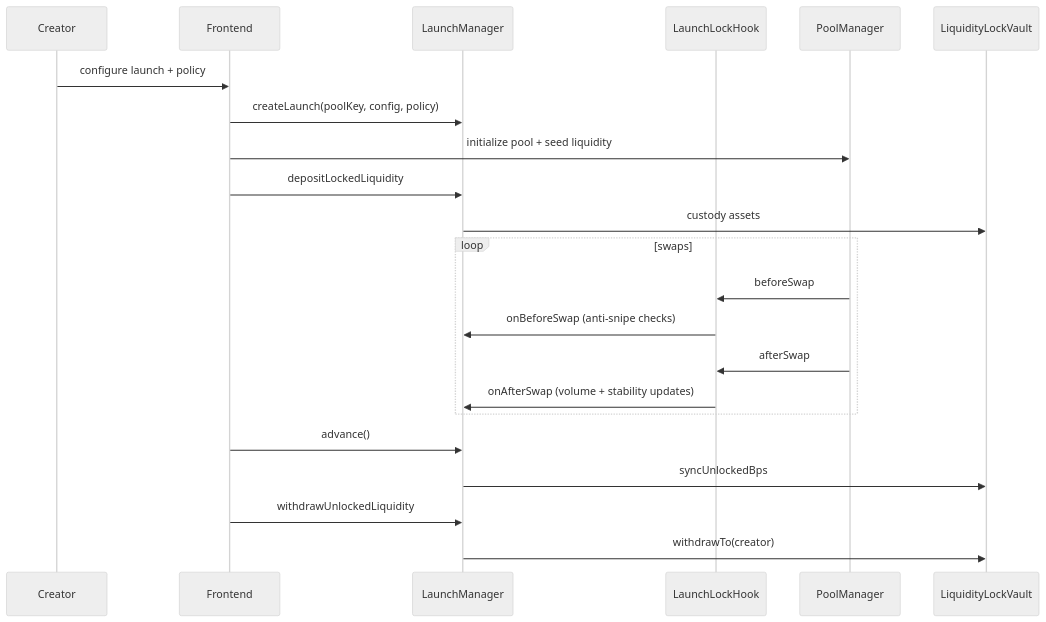
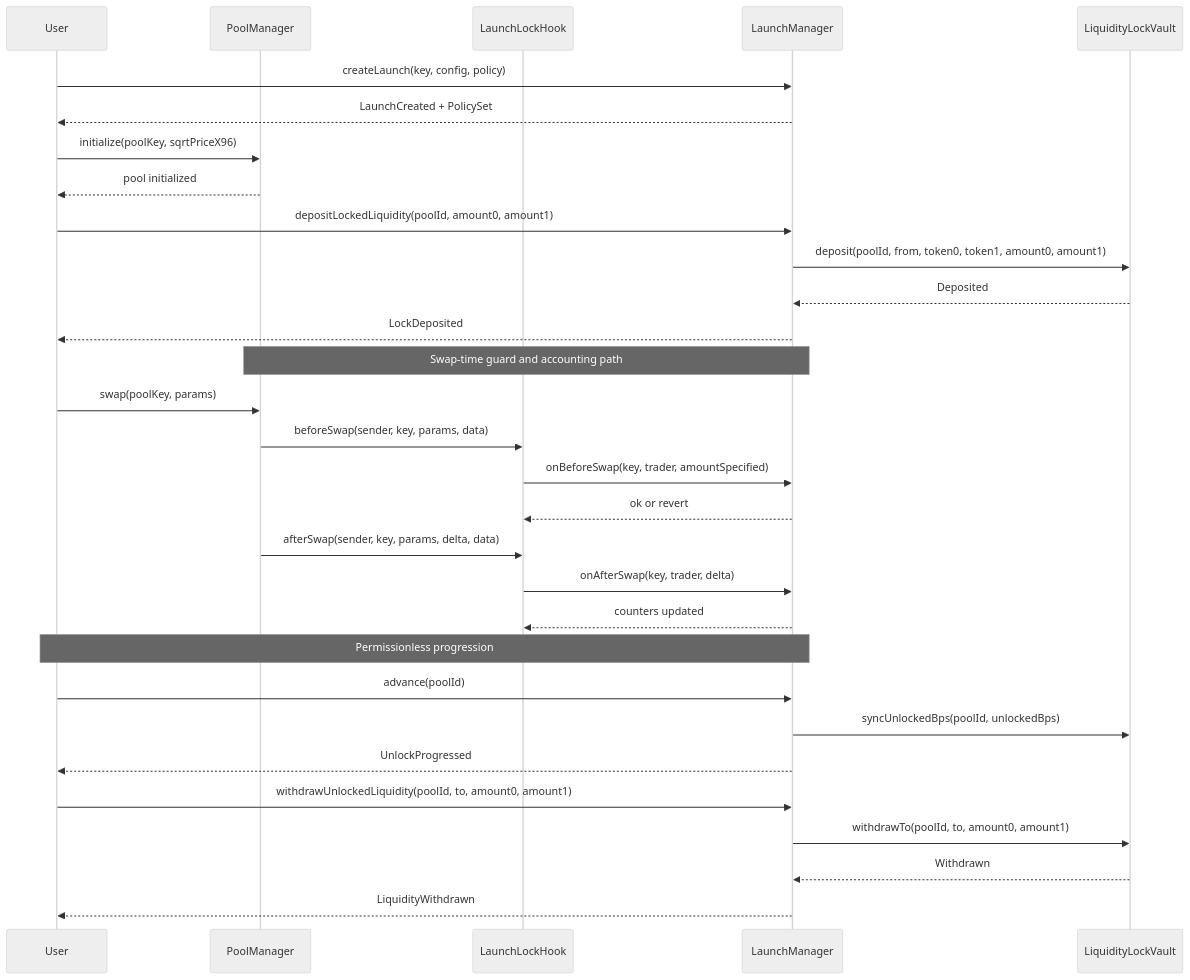
Before and after one commit to josh-hooah/liquidity-locking-and-token-launch-hook: the third of 3 diagrams in README.md, drawn with Mermaid (neutral theme). The commit also changed other lines of this file, not shown here.

Commit message:
docs: replace README with judge-ready architecture and proof-chain spec

````diff
--- a/README.md
+++ b/README.md
@@ -52,27 +109,38 @@
 ```mermaid
 sequenceDiagram
-  participant C as Creator
-  participant UI as Frontend
-  participant LM as LaunchManager
-  participant H as LaunchLockHook
+  participant User
   participant PM as PoolManager
-  participant V as LiquidityLockVault
+  participant Hook as LaunchLockHook
+  participant Manager as LaunchManager
+  participant Vault as LiquidityLockVault
 
-  C->>UI: configure launch + policy
-  UI->>LM: createLaunch(poolKey, config, policy)
-  UI->>PM: initialize pool + seed liquidity
-  UI->>LM: depositLockedLiquidity
-  LM->>V: custody assets
+  User->>Manager: createLaunch(key, config, policy)
+  Manager-->>User: LaunchCreated + PolicySet
 
-  loop swaps
-    PM->>H: beforeSwap
-    H->>LM: onBeforeSwap (anti-snipe checks)
-    PM->>H: afterSwap
-    H->>LM: onAfterSwap (volume + stability updates)
-  end
+  User->>PM: initialize(poolKey, sqrtPriceX96)
+  PM-->>User: pool initialized
 
-  UI->>LM: advance()
-  LM->>V: syncUnlockedBps
-  UI->>LM: withdrawUnlockedLiquidity
-  LM->>V: withdrawTo(creator)
+  User->>Manager: depositLockedLiquidity(poolId, amount0, amount1)
+  Manager->>Vault: deposit(poolId, from, token0, token1, amount0, amount1)
+  Vault-->>Manager: Deposited
+  Manager-->>User: LockDeposited
+
+  Note over PM,Manager: Swap-time guard and accounting path
+  User->>PM: swap(poolKey, params)
+  PM->>Hook: beforeSwap(sender, key, params, data)
+  Hook->>Manager: onBeforeSwap(key, trader, amountSpecified)
+  Manager-->>Hook: ok or revert
+  PM->>Hook: afterSwap(sender, key, params, delta, data)
+  Hook->>Manager: onAfterSwap(key, trader, delta)
+  Manager-->>Hook: counters updated
+
+  Note over User,Manager: Permissionless progression
+  User->>Manager: advance(poolId)
+  Manager->>Vault: syncUnlockedBps(poolId, unlockedBps)
+  Manager-->>User: UnlockProgressed
+
+  User->>Manager: withdrawUnlockedLiquidity(poolId, to, amount0, amount1)
+  Manager->>Vault: withdrawTo(poolId, to, amount0, amount1)
+  Vault-->>Manager: Withdrawn
+  Manager-->>User: LiquidityWithdrawn
 ```
````
